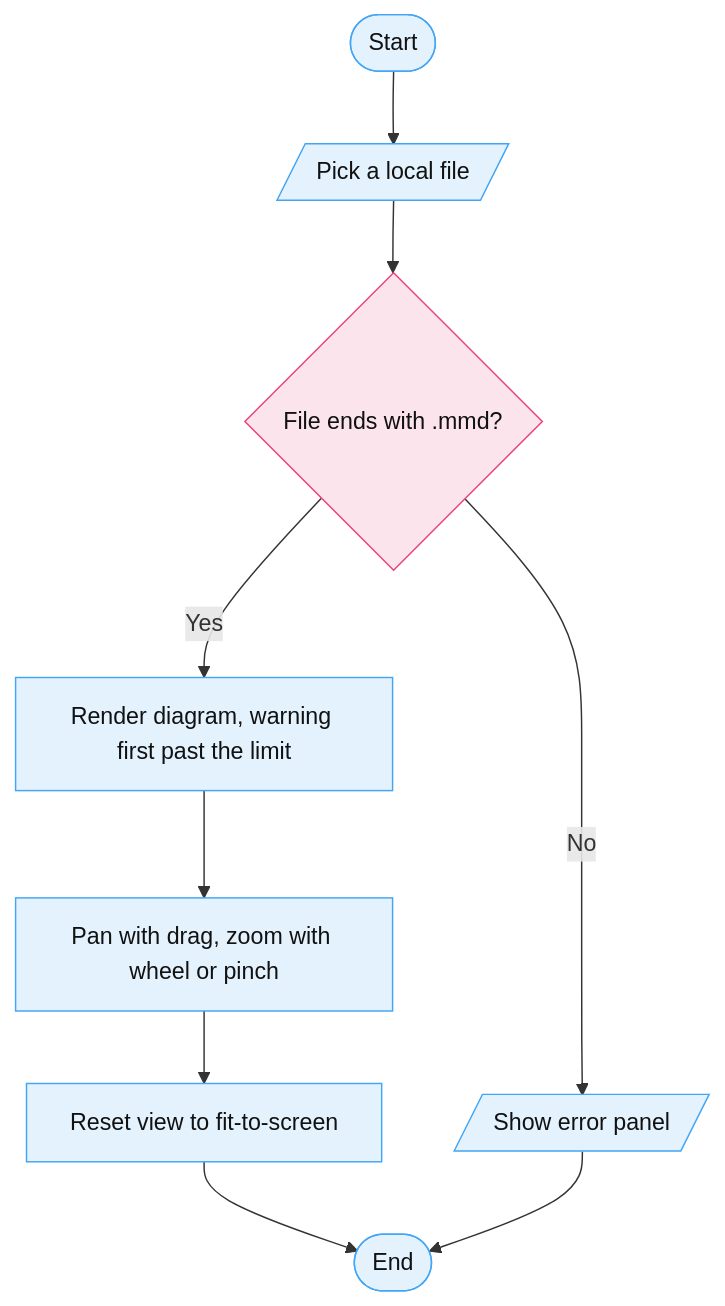
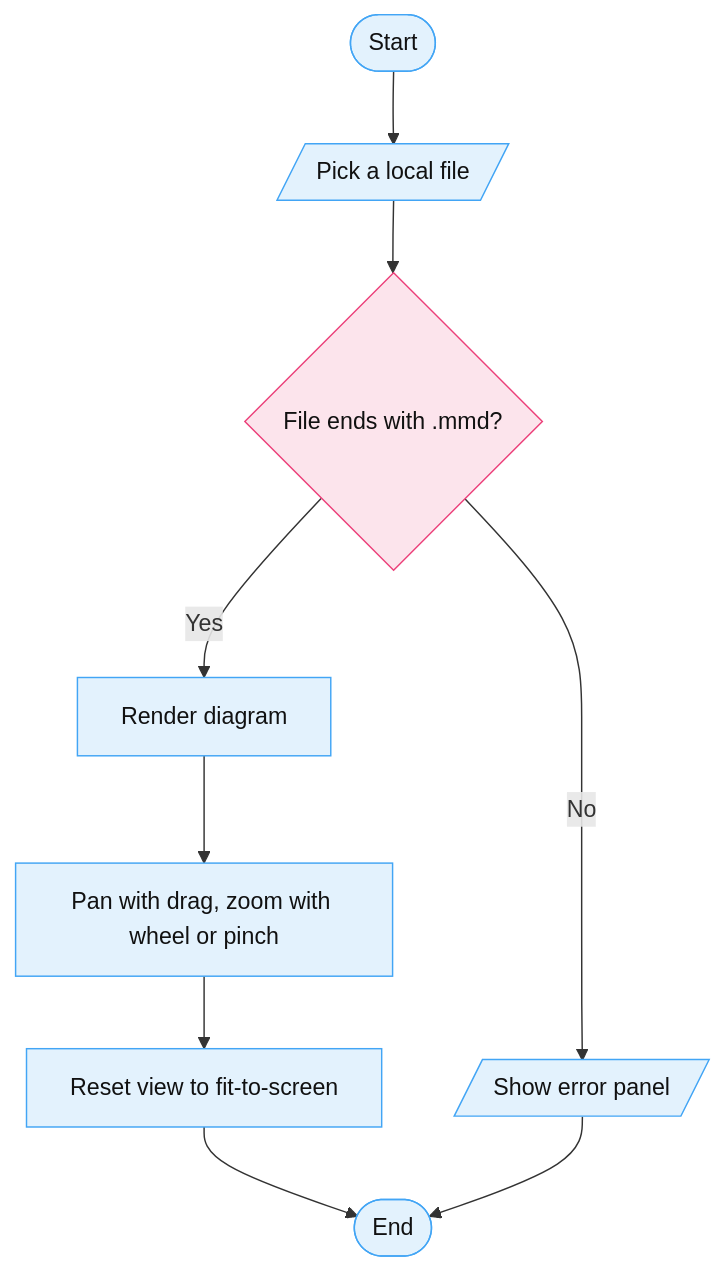
The diagram in README.md (SANIUL-blackdragon/VECTOR), drawn with Mermaid before and after one commit. The commit also changed other lines of this file and 1 other file, not shown here.

Commit message:
Drop the giant-diagram warn guard from spec and readme

````diff
--- a/README.md
+++ b/README.md
@@ -24,22 +24,22 @@
 ```mermaid
 flowchart TD
   S([Start])
   A[/Pick a local file/]
   D{File ends with .mmd?}
-  R[Render diagram, warning first past the limit]
+  R[Render diagram]
   N[/Show error panel/]
   P[Pan with drag, zoom with wheel or pinch]
   V[Reset view to fit-to-screen]
   E([End])
   S --> A
   A --> D
   D -->|Yes| R
   D -->|No| N
   R --> P
   P --> V
   V --> E
   N --> E
   classDef soft fill:#E3F2FD,stroke:#42A5F5,color:#111111
   class S,A,R,N,P,V,E soft
   style D fill:#FCE4EC,stroke:#EC407A,color:#111111
 ```
````
